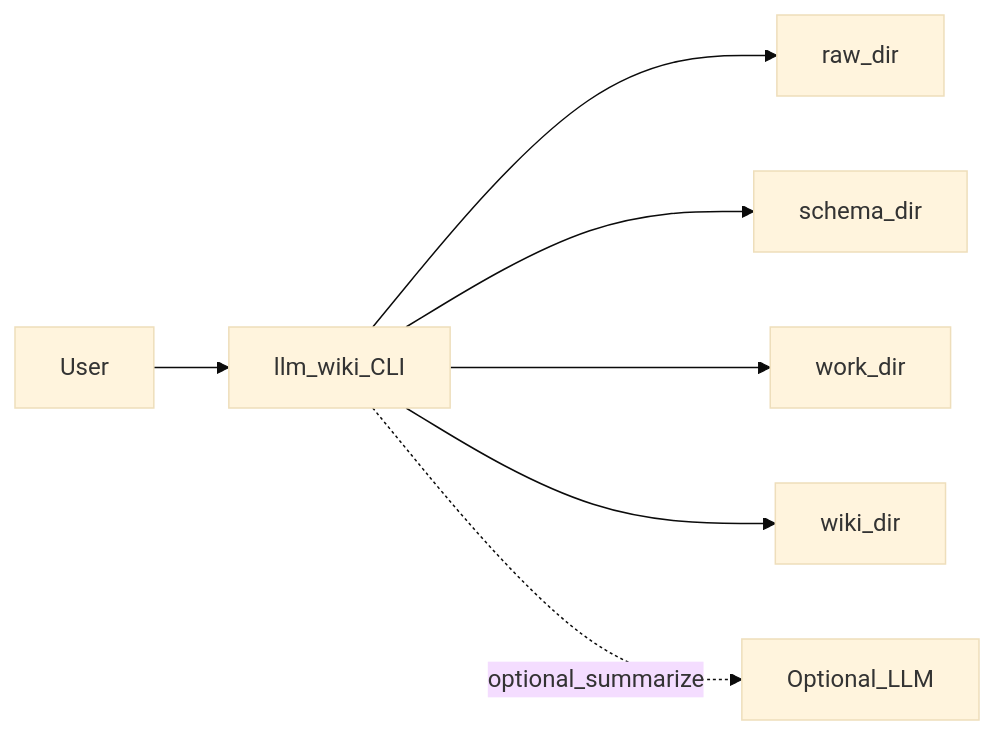
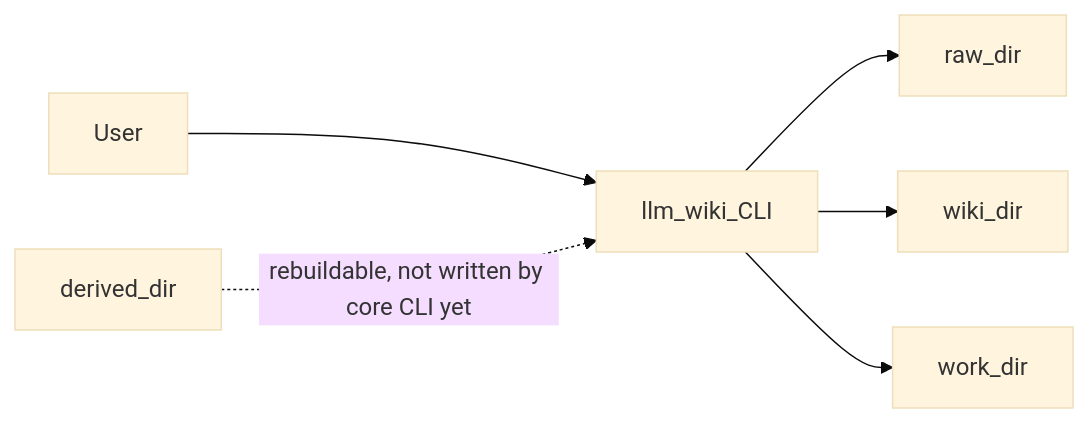
One commit to tkevyn11/kevllm-wiki changed the diagram in docs/ARCHITECTURE.md. Above: the diagram before and after it, drawn with Mermaid (base theme). The commit also changed other lines of this file and 19 other files, not shown here.

````diff
--- a/docs/ARCHITECTURE.md
+++ b/docs/ARCHITECTURE.md
@@ -12,16 +12,14 @@
 ```mermaid
 flowchart LR
   user[User]
   cli[llm_wiki_CLI]
   raw[raw_dir]
-  schema[schema_dir]
+  wiki[wiki_dir]
   work[work_dir]
-  wiki[wiki_dir]
-  llm[Optional_LLM]
+  derived[derived_dir]
   user --> cli
   cli --> raw
-  cli --> schema
+  cli --> wiki
   cli --> work
-  cli --> wiki
-  cli -.->|"optional_summarize"| llm
+  derived -.->|"rebuildable, not written by core CLI yet"| cli
 ```
````
